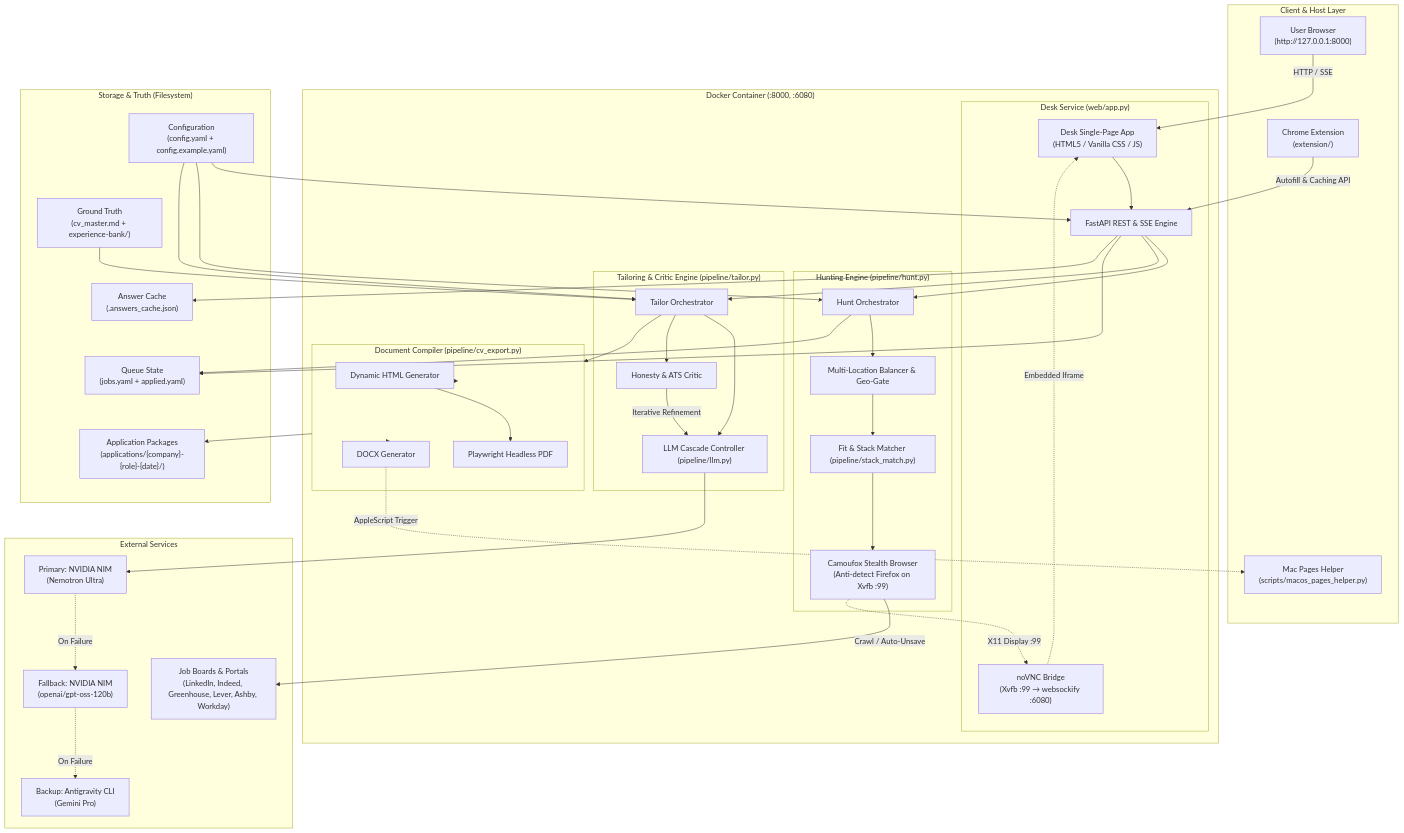
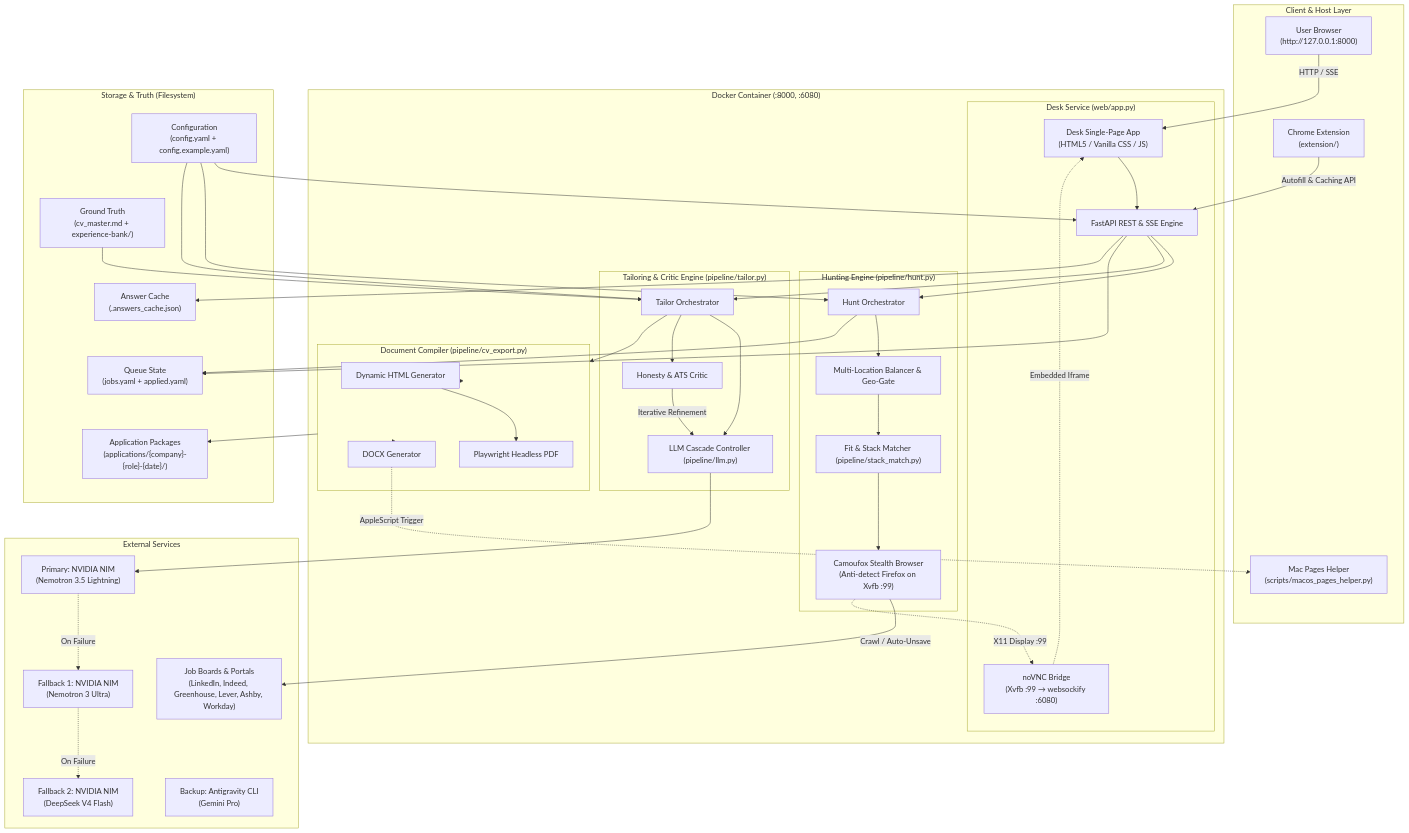
The diagram in README.md (Vamshi1207/job_hunter), drawn with Mermaid before and after one commit. The commit also changed other lines of this file and 14 other files, not shown here.

````diff
--- a/README.md
+++ b/README.md
@@ -46,79 +46,80 @@
 ```mermaid
 graph TB
   subgraph Client ["Client & Host Layer"]
     User["User Browser<br/>(http://127.0.0.1:8000)"]
     Ext["Chrome Extension<br/>(extension/)"]
     PagesHelper["Mac Pages Helper<br/>(scripts/macos_pages_helper.py)"]
   end
 
   subgraph Docker ["Docker Container (:8000, :6080)"]
     subgraph WebDesk ["Desk Service (web/app.py)"]
       FastAPI["FastAPI REST & SSE Engine"]
       DeskUI["Desk Single-Page App<br/>(HTML5 / Vanilla CSS / JS)"]
       VNCProxy["noVNC Bridge<br/>(Xvfb :99 → websockify :6080)"]
     end
 
     subgraph Hunting ["Hunting Engine (pipeline/hunt.py)"]
       HuntOrch["Hunt Orchestrator"]
       GeoGate["Multi-Location Balancer & Geo-Gate"]
       StackFilter["Fit & Stack Matcher (pipeline/stack_match.py)"]
       Camoufox["Camoufox Stealth Browser<br/>(Anti-detect Firefox on Xvfb :99)"]
     end
 
     subgraph Tailoring ["Tailoring & Critic Engine (pipeline/tailor.py)"]
       TailorOrch["Tailor Orchestrator"]
       Critic["Honesty & ATS Critic"]
       LLMCascade["LLM Cascade Controller (pipeline/llm.py)"]
     end
 
     subgraph Exporting ["Document Compiler (pipeline/cv_export.py)"]
       HTMLGen["Dynamic HTML Generator"]
       PlaywrightPDF["Playwright Headless PDF"]
       DocxGen["DOCX Generator"]
     end
   end
 
   subgraph External ["External Services"]
-    LLM1["Primary: NVIDIA NIM<br/>(Nemotron Ultra)"]
-    LLM2["Fallback: NVIDIA NIM<br/>(openai/gpt-oss-120b)"]
-    LLM3["Backup: Antigravity CLI<br/>(Gemini Pro)"]
+    LLM1["Primary: NVIDIA NIM<br/>(Nemotron 3.5 Lightning)"]
+    LLM2["Fallback 1: NVIDIA NIM<br/>(Nemotron 3 Ultra)"]
+    LLM3["Fallback 2: NVIDIA NIM<br/>(DeepSeek V4 Flash)"]
+    LLM4["Backup: Antigravity CLI<br/>(Gemini Pro)"]
     Boards["Job Boards & Portals<br/>(LinkedIn, Indeed, Greenhouse, Lever, Ashby, Workday)"]
   end
 
   subgraph Storage ["Storage & Truth (Filesystem)"]
     Config["Configuration<br/>(config.yaml + config.example.yaml)"]
     Truth["Ground Truth<br/>(cv_master.md + experience-bank/)"]
     Queues["Queue State<br/>(jobs.yaml + applied.yaml)"]
     Packages["Application Packages<br/>(applications/{company}-{role}-{date}/)"]
     AnswerCache["Answer Cache<br/>(.answers_cache.json)"]
   end
 
   User -->|HTTP / SSE| DeskUI
   DeskUI --> FastAPI
   FastAPI --> HuntOrch
   FastAPI --> TailorOrch
   VNCProxy -.->|Embedded Iframe| DeskUI
   Ext -->|Autofill & Caching API| FastAPI
 
   HuntOrch --> GeoGate --> StackFilter --> Camoufox
   Camoufox -->|Crawl / Auto-Unsave| Boards
   Camoufox -.->|X11 Display :99| VNCProxy
 
   TailorOrch --> LLMCascade
   LLMCascade --> LLM1
   LLM1 -.->|On Failure| LLM2
   LLM2 -.->|On Failure| LLM3
   TailorOrch --> Critic
   Critic -->|Iterative Refinement| LLMCascade
 
   TailorOrch --> Exporting
   Exporting --> HTMLGen --> PlaywrightPDF
   Exporting --> DocxGen
   DocxGen -.->|AppleScript Trigger| PagesHelper
 
   Config --> FastAPI & HuntOrch & TailorOrch
   Truth --> TailorOrch
   FastAPI & HuntOrch --> Queues
   Exporting --> Packages
   FastAPI --> AnswerCache
 ```
````
